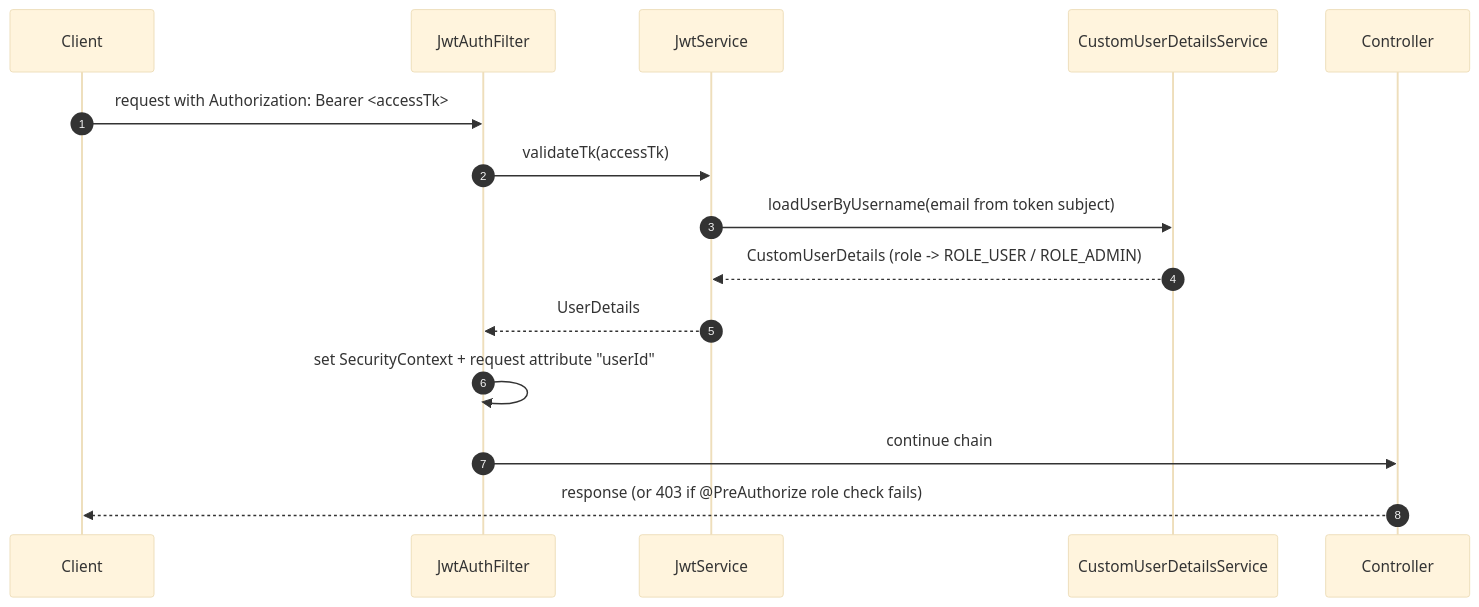
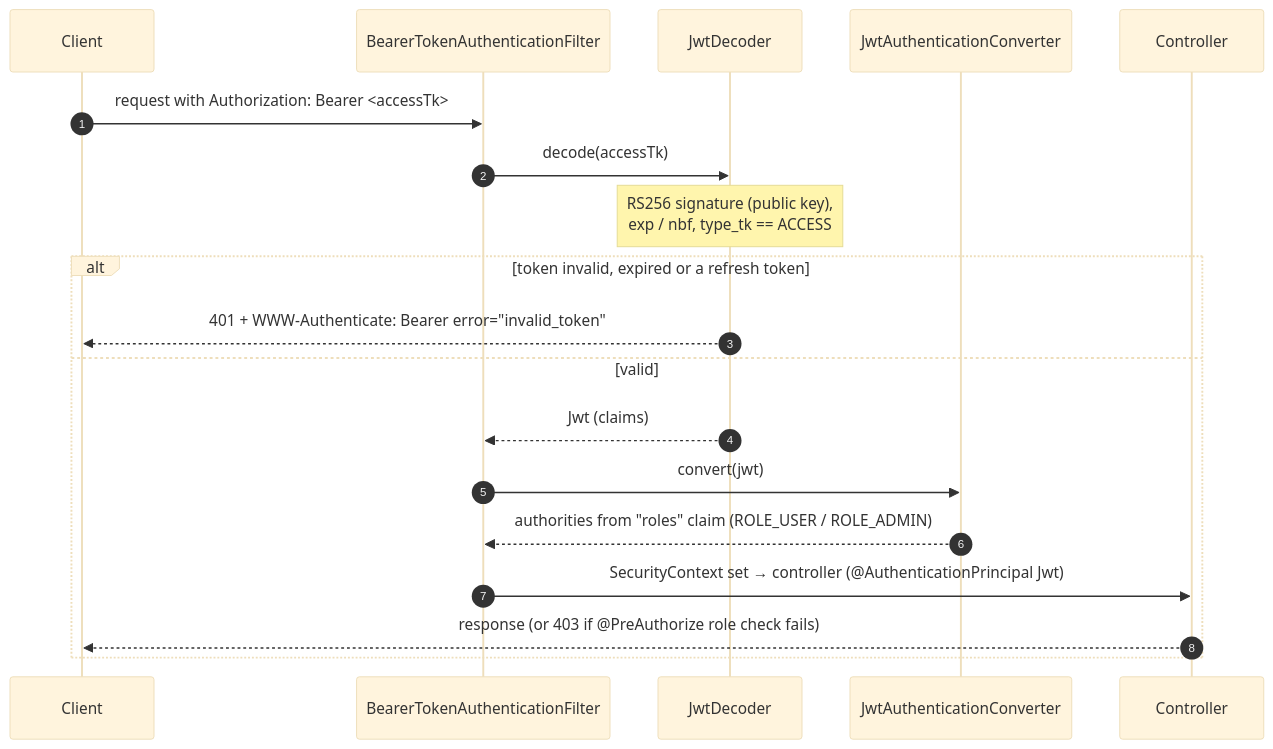
Before and after one commit to Umex10/authkit: the fifth of 6 diagrams in docs/ARCHITECTURE.md, drawn with Mermaid (base theme). The commit also changed other lines of this file and 4 other files, not shown here.

First line of the commit message:
docs: describe the RS256 resource-server flow and the current tests

````diff
--- a/docs/ARCHITECTURE.md
+++ b/docs/ARCHITECTURE.md
@@ -145,18 +153,22 @@
 ```mermaid
 sequenceDiagram
     autonumber
     participant C as Client
-    participant F as JwtAuthFilter
-    participant J as JwtService
-    participant UDS as CustomUserDetailsService
+    participant F as BearerTokenAuthenticationFilter
+    participant D as JwtDecoder
+    participant CV as JwtAuthenticationConverter
     participant H as Controller
 
     C->>F: request with Authorization: Bearer <accessTk>
-    F->>J: validateTk(accessTk)
-    J->>UDS: loadUserByUsername(email from token subject)
-    UDS-->>J: CustomUserDetails (role -> ROLE_USER / ROLE_ADMIN)
-    J-->>F: UserDetails
-    F->>F: set SecurityContext + request attribute "userId"
-    F->>H: continue chain
-    H-->>C: response (or 403 if @PreAuthorize role check fails)
+    F->>D: decode(accessTk)
+    Note over D: RS256 signature (public key),<br/>exp / nbf, type_tk == ACCESS
+    alt token invalid, expired or a refresh token
+        D-->>C: 401 + WWW-Authenticate: Bearer error="invalid_token"
+    else valid
+        D-->>F: Jwt (claims)
+        F->>CV: convert(jwt)
+        CV-->>F: authorities from "roles" claim (ROLE_USER / ROLE_ADMIN)
+        F->>H: SecurityContext set → controller (@AuthenticationPrincipal Jwt)
+        H-->>C: response (or 403 if @PreAuthorize role check fails)
+    end
 ```
````
